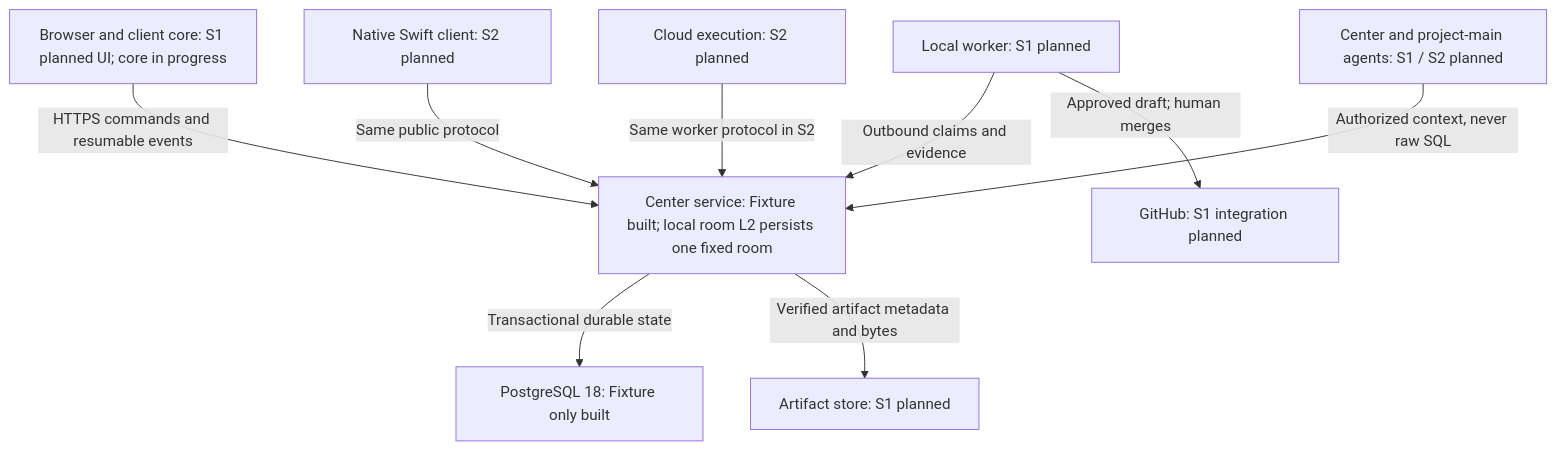
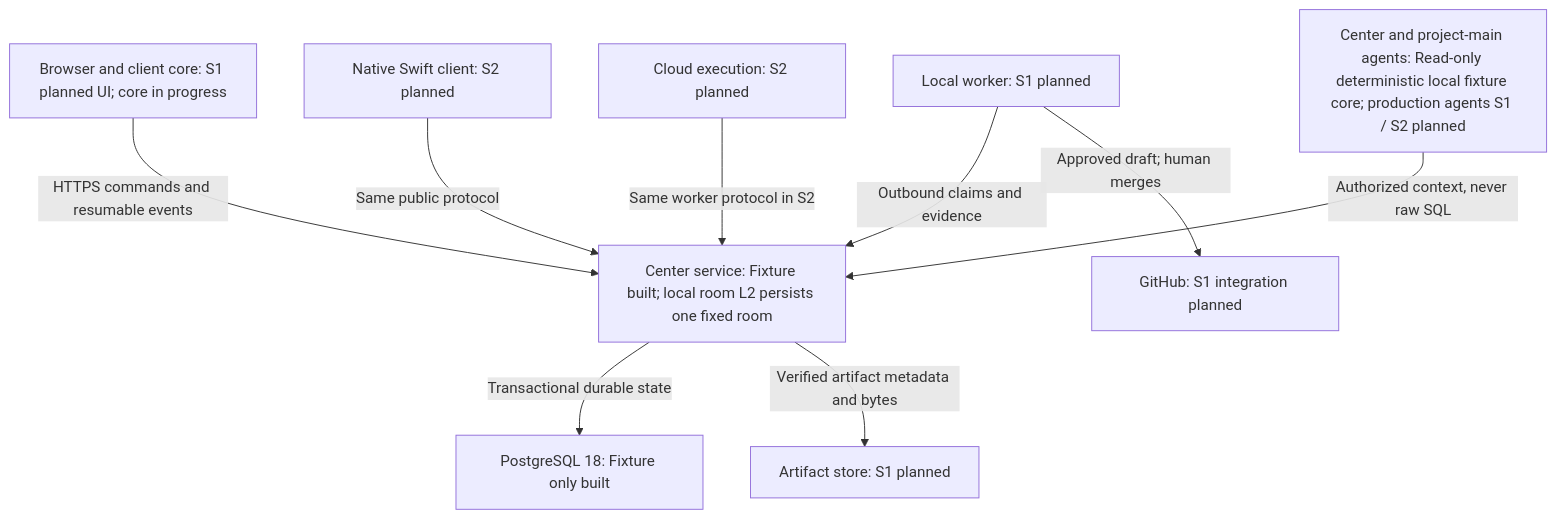
The first of 2 diagrams in docs/site/progress.md (tayler-id/agent-team-workspace), drawn with Mermaid before and after one commit. The commit also changed other lines of this file and 18 other files, not shown here.

Commit message:
feat: compile bounded read-only local answer proposals with exact citations

````diff
--- a/docs/site/progress.md
+++ b/docs/site/progress.md
@@ -19,20 +19,20 @@
 ```mermaid
 flowchart TD
   browser["Browser and client core: S1 planned UI; core in progress"]
   center["Center service: Fixture built; local room L2 persists one fixed room"]
   postgres["PostgreSQL 18: Fixture only built"]
   artifacts["Artifact store: S1 planned"]
   local["Local worker: S1 planned"]
   cloud["Cloud execution: S2 planned"]
   github["GitHub: S1 integration planned"]
-  agents["Center and project-main agents: S1 / S2 planned"]
+  agents["Center and project-main agents: Read-only deterministic local fixture core; production agents S1 / S2 planned"]
   native["Native Swift client: S2 planned"]
   browser -->|HTTPS commands and resumable events| center
   native -->|Same public protocol| center
   center -->|Transactional durable state| postgres
   center -->|Verified artifact metadata and bytes| artifacts
   local -->|Outbound claims and evidence| center
   cloud -->|Same worker protocol in S2| center
   local -->|Approved draft; human merges| github
   agents -->|Authorized context, never raw SQL| center
 ```
````
